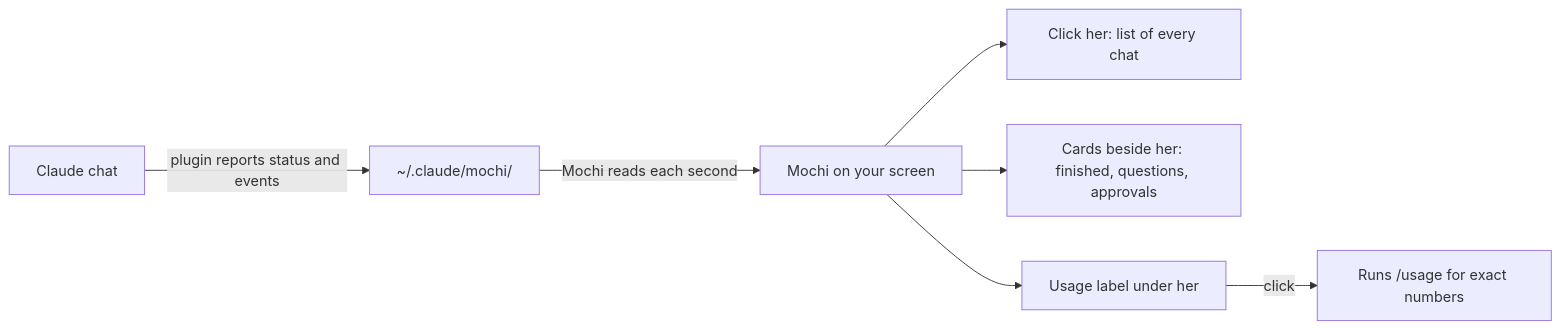
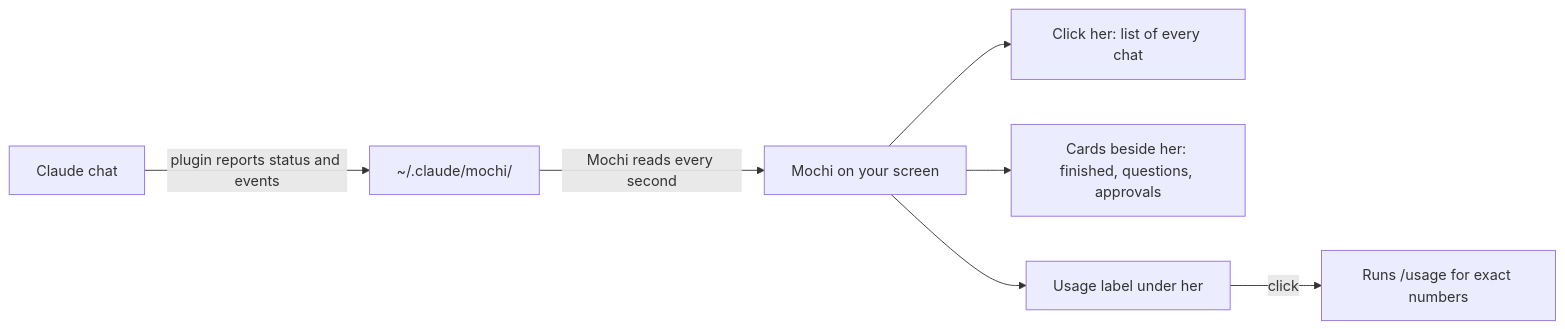
Before and after one commit to EmmaNguyen/mod-pet: the diagram in README.md, drawn with Mermaid. The commit also changed other lines of this file, not shown here.

````diff
--- a/README.md
+++ b/README.md
@@ -30,9 +25,9 @@
 ```mermaid
 flowchart LR
     C[Claude chat] -->|plugin reports status and events| F[~/.claude/mochi/]
-    F -->|Mochi reads each second| M[Mochi on your screen]
+    F -->|Mochi reads every second| M[Mochi on your screen]
     M --> L[Click her: list of every chat]
     M --> K[Cards beside her: finished, questions, approvals]
     M --> U[Usage label under her]
     U -->|click| CL[Runs /usage for exact numbers]
 ```
````
